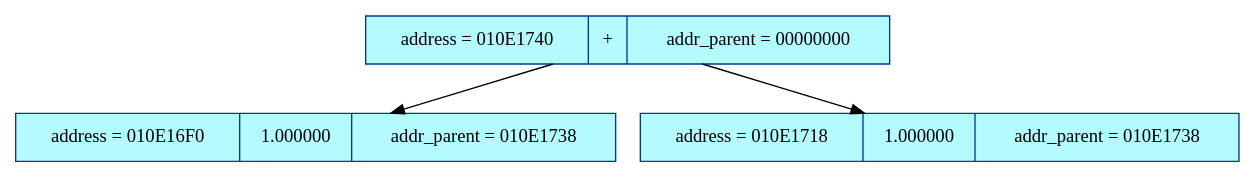
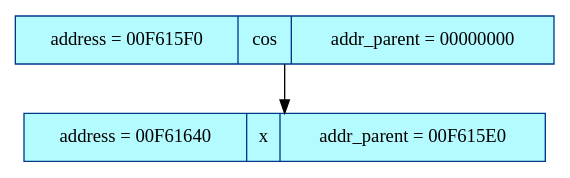
The diagram in dump.dot (Dariazeml1007/Diff), drawn with Graphviz before and after one commit. The commit also changed 8 other files, not shown here.

```diff
--- a/dump.dot
+++ b/dump.dot
@@ -1,11 +1,9 @@
 digraph structs {
 rankdir=HR;
 node[color= "#003A8C",style="filled", fillcolor="#B4FBFF", fontsize=14];
 edge[color="black", weight = 9,fontsize=14];
-el_010E1740 [shape=record, label= "address = 010E1740|+ | addr_parent = 00000000"];
-el_010E16F0 [shape=record, label= "address = 010E16F0|1.000000| addr_parent = 010E1738"];
-el_010E1718 [shape=record, label= "address = 010E1718|1.000000| addr_parent = 010E1738"];
-el_010E1740->el_010E16F0;
-el_010E1740->el_010E1718;
+el_00F615F0 [shape=record, label= "address = 00F615F0|cos| addr_parent = 00000000"];
+el_00F61640 [shape=record, label= "address = 00F61640|x| addr_parent = 00F615E0"];
+el_00F615F0->el_00F61640;
 
 }
```
